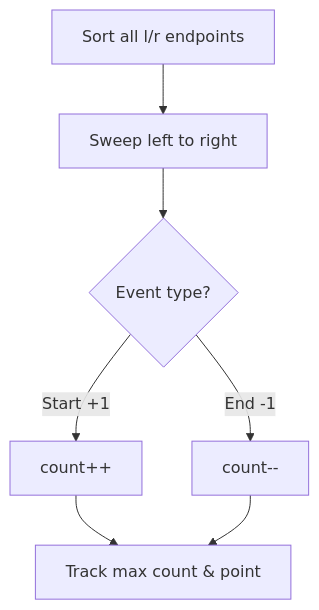
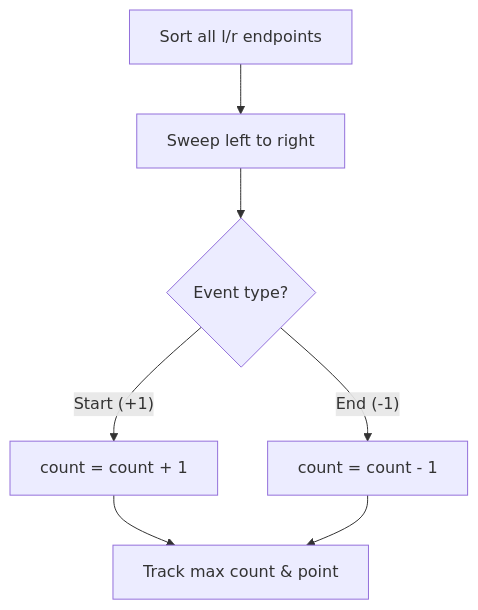
The seventh of 8 diagrams in Lab-04/README.md (routsarthakkumar-byte/DAA-Lab), drawn with Mermaid before and after one commit. The commit also changed other lines of this file and 1 other file, not shown here.

````diff
--- a/Lab-04/README.md
+++ b/Lab-04/README.md
@@ -257,9 +251,9 @@
 ```mermaid
 flowchart TD
-    E1[Sort all l/r endpoints] --> E2[Sweep left to right]
-    E2 --> E3{Event type?}
-    E3 -->|Start +1| E4[count++]
-    E3 -->|End -1| E5[count--]
-    E4 --> E6[Track max count & point]
+    E1["Sort all l/r endpoints"] --> E2["Sweep left to right"]
+    E2 --> E3{"Event type?"}
+    E3 -->|"Start (+1)"| E4["count = count + 1"]
+    E3 -->|"End (-1)"| E5["count = count - 1"]
+    E4 --> E6["Track max count & point"]
     E5 --> E6
 ```
````
